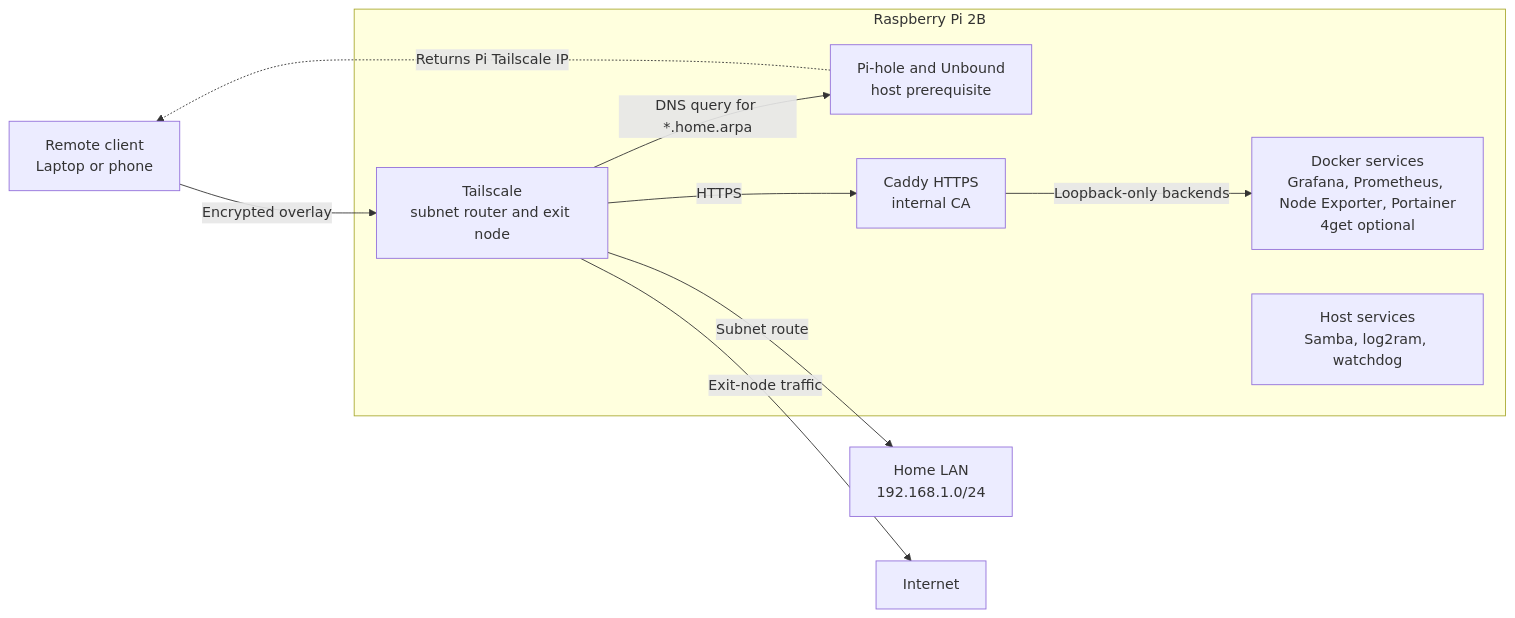
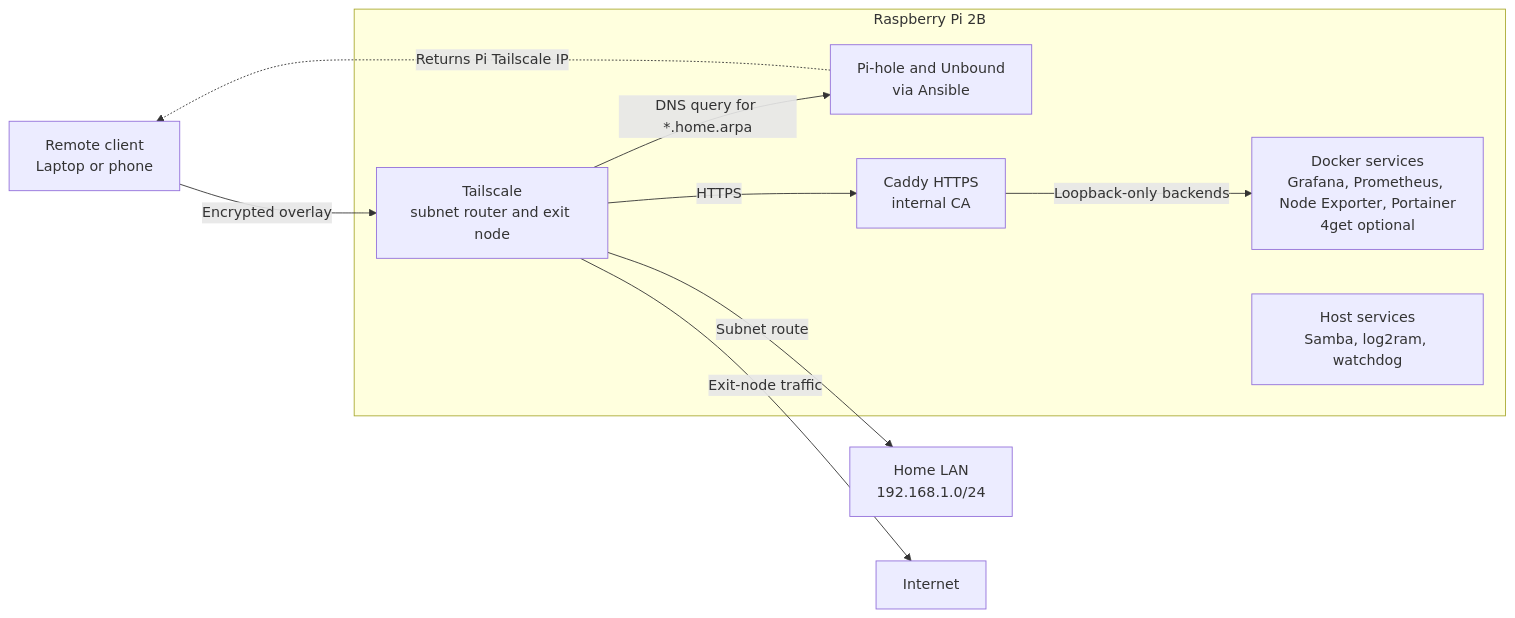
The diagram in README.md (daffwt221/homelab-raspberry-network-stack), drawn with Mermaid before and after one commit. The commit also changed other lines of this file and 14 other files, not shown here.

Commit message:
Provision Pi-hole and Unbound with reproducible DNS configuration

````diff
--- a/README.md
+++ b/README.md
@@ -263,22 +263,22 @@
 ```mermaid
 flowchart LR
     Client[Remote client<br/>Laptop or phone]
 
     subgraph Pi[Raspberry Pi 2B]
         TS[Tailscale<br/>subnet router and exit node]
-        DNS[Pi-hole and Unbound<br/>host prerequisite]
+        DNS[Pi-hole and Unbound<br/>via Ansible]
         Caddy[Caddy HTTPS<br/>internal CA]
         Apps[Docker services<br/>Grafana, Prometheus, Node Exporter, Portainer<br/>4get optional]
         Host[Host services<br/>Samba, log2ram, watchdog]
     end
     LAN[Home LAN<br/>192.168.1.0/24]
     Internet[Internet]
 
     Client -->|Encrypted overlay| TS
     TS -->|DNS query for *.home.arpa| DNS
     DNS -.->|Returns Pi Tailscale IP| Client
     TS -->|HTTPS| Caddy
     Caddy -->|Loopback-only backends| Apps
     TS -->|Subnet route| LAN
     TS -->|Exit-node traffic| Internet
 ```
````
